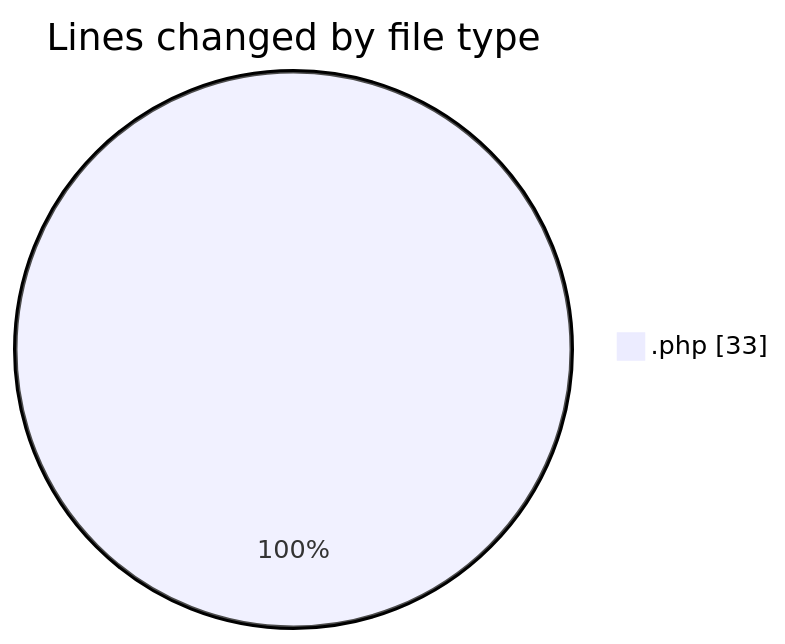
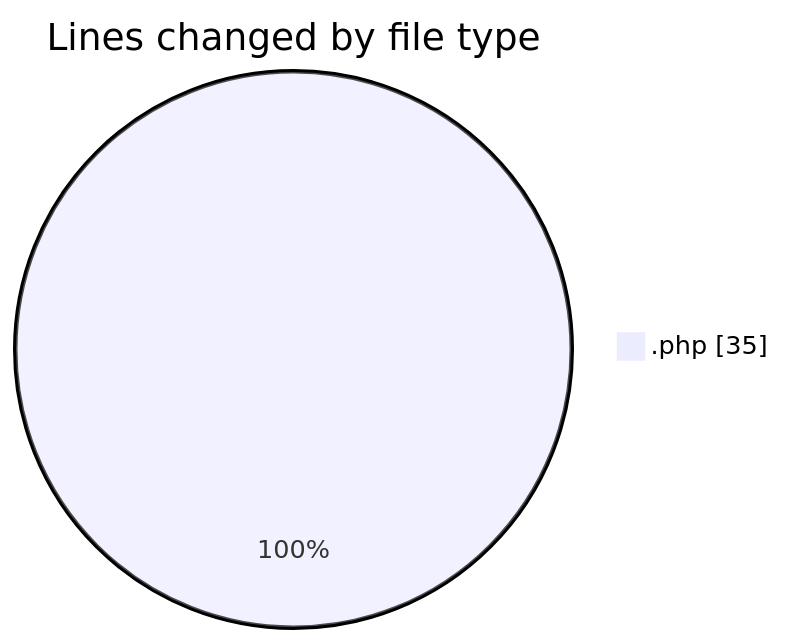
Before and after one commit to LanceThiago/code-tracking: the first of 2 diagrams in 2025-06-05/web/README.md, drawn with Mermaid. The commit also changed other lines of this file and 1 other file, not shown here.

````diff
--- a/2025-06-05/web/README.md
+++ b/2025-06-05/web/README.md
@@ -20,5 +20,5 @@
 ```mermaid
 pie showData
 title Lines changed by file type
-".php" : 33
+".php" : 35
 ```
````
